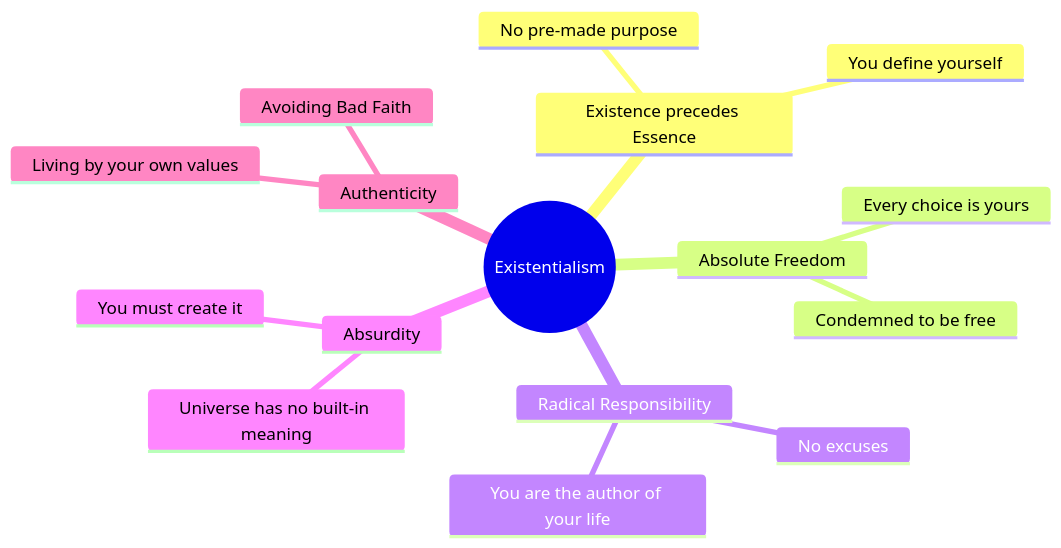
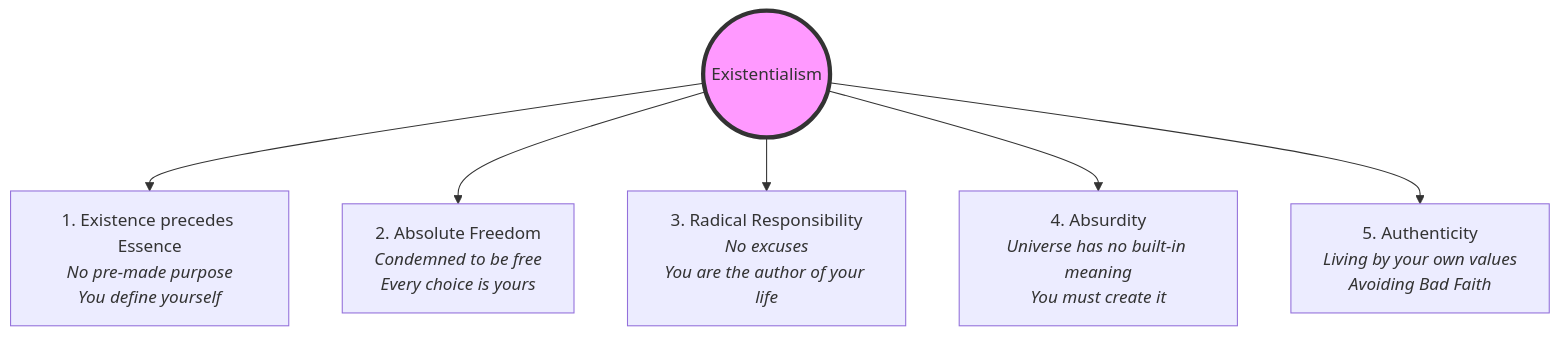
Before and after one commit to AtlasRoX/everything101: the diagram in humanities-finance-society/Philosophy/Existentialism101.md, drawn with Mermaid. The commit also changed 4 other files, not shown here.

Commit message:
fix: convert unsupported mindmap diagrams to standard flowcharts

````diff
--- a/humanities-finance-society/Philosophy/Existentialism101.md
+++ b/humanities-finance-society/Philosophy/Existentialism101.md
@@ -23,19 +23,10 @@
 ```mermaid
-mindmap
-  root((Existentialism))
-    Existence precedes Essence
-      No pre-made purpose
-      You define yourself
-    Absolute Freedom
-      Condemned to be free
-      Every choice is yours
-    Radical Responsibility
-      No excuses
-      You are the author of your life
-    Absurdity
-      Universe has no built-in meaning
-      You must create it
-    Authenticity
-      Living by your own values
-      Avoiding Bad Faith
+graph TD
+    Root((Existentialism)) --> Essence["1. Existence precedes Essence<br><i>No pre-made purpose<br>You define yourself</i>"]
+    Root --> Freedom["2. Absolute Freedom<br><i>Condemned to be free<br>Every choice is yours</i>"]
+    Root --> Responsibility["3. Radical Responsibility<br><i>No excuses<br>You are the author of your life</i>"]
+    Root --> Absurdity["4. Absurdity<br><i>Universe has no built-in meaning<br>You must create it</i>"]
+    Root --> Authenticity["5. Authenticity<br><i>Living by your own values<br>Avoiding Bad Faith</i>"]
+
+    style Root fill:#f9f,stroke:#333,stroke-width:4px
 ```
````
